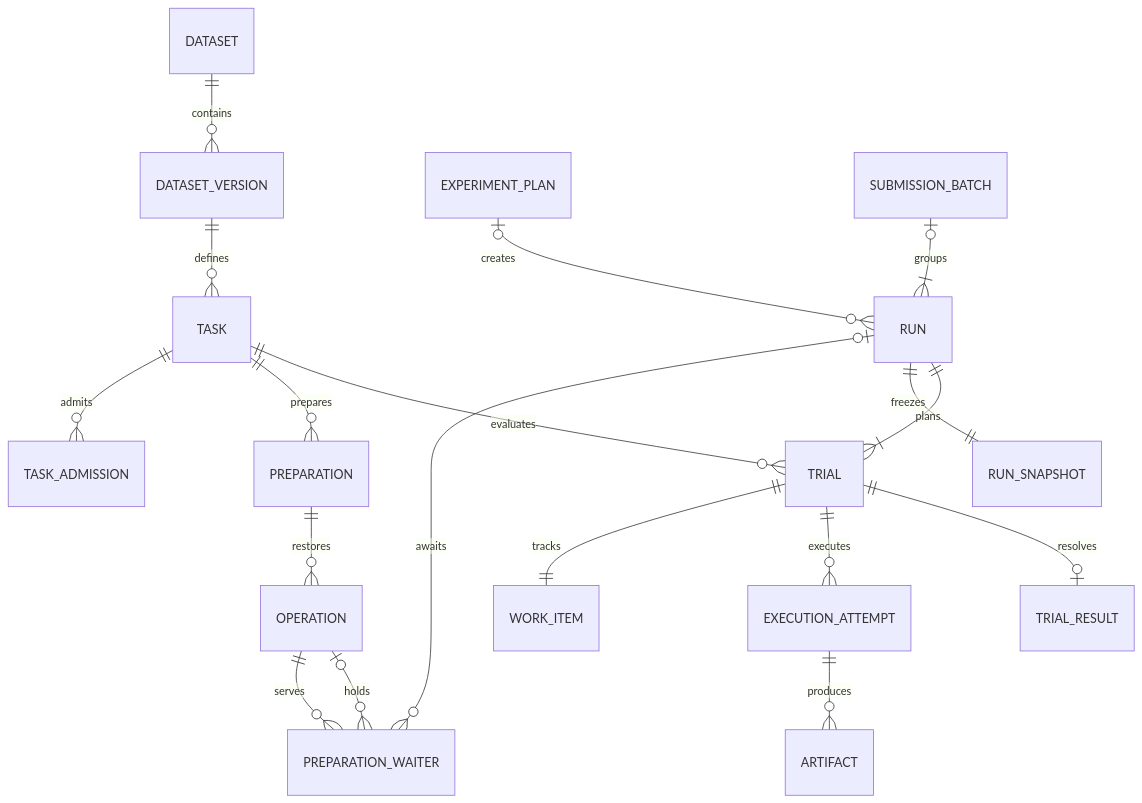
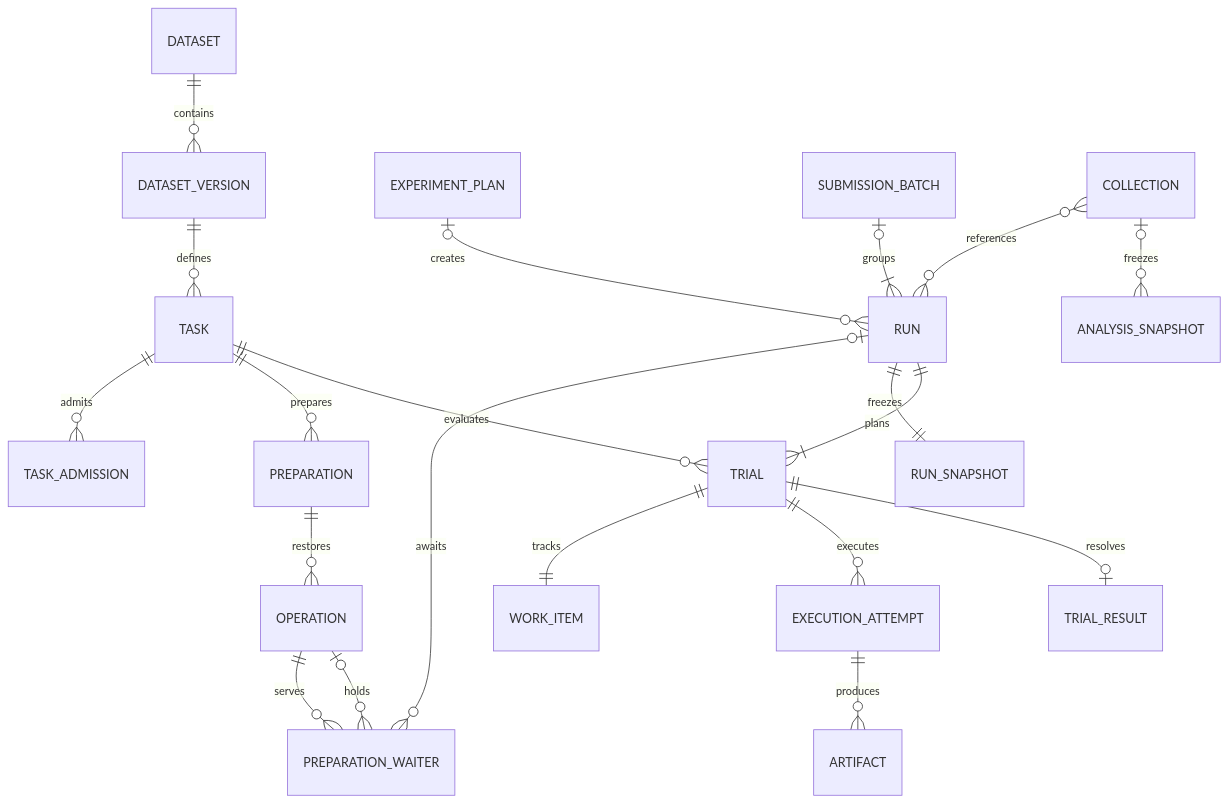
Before and after one commit to au12321ua/maestro: the diagram in docs/design/01-domain-model.md, drawn with Mermaid. The commit also changed other lines of this file and 42 other files, not shown here.

```diff
--- a/docs/design/01-domain-model.md
+++ b/docs/design/01-domain-model.md
@@ -35,20 +37,22 @@
 ~~~mermaid
 erDiagram
     DATASET ||--o{ DATASET_VERSION : contains
     DATASET_VERSION ||--o{ TASK : defines
     TASK ||--o{ TASK_ADMISSION : admits
     TASK ||--o{ PREPARATION : prepares
     PREPARATION ||--o{ OPERATION : restores
     OPERATION ||--o{ PREPARATION_WAITER : serves
     RUN |o--o{ PREPARATION_WAITER : awaits
     OPERATION |o--o{ PREPARATION_WAITER : holds
     EXPERIMENT_PLAN o|--o{ RUN : creates
     SUBMISSION_BATCH o|--|{ RUN : groups
     RUN ||--|| RUN_SNAPSHOT : freezes
     RUN ||--|{ TRIAL : plans
     TASK ||--o{ TRIAL : evaluates
     TRIAL ||--|| WORK_ITEM : tracks
     TRIAL ||--o{ EXECUTION_ATTEMPT : executes
     TRIAL ||--o| TRIAL_RESULT : resolves
     EXECUTION_ATTEMPT ||--o{ ARTIFACT : produces
+    COLLECTION }o--o{ RUN : references
+    COLLECTION o|--o{ ANALYSIS_SNAPSHOT : freezes
 ~~~
```
